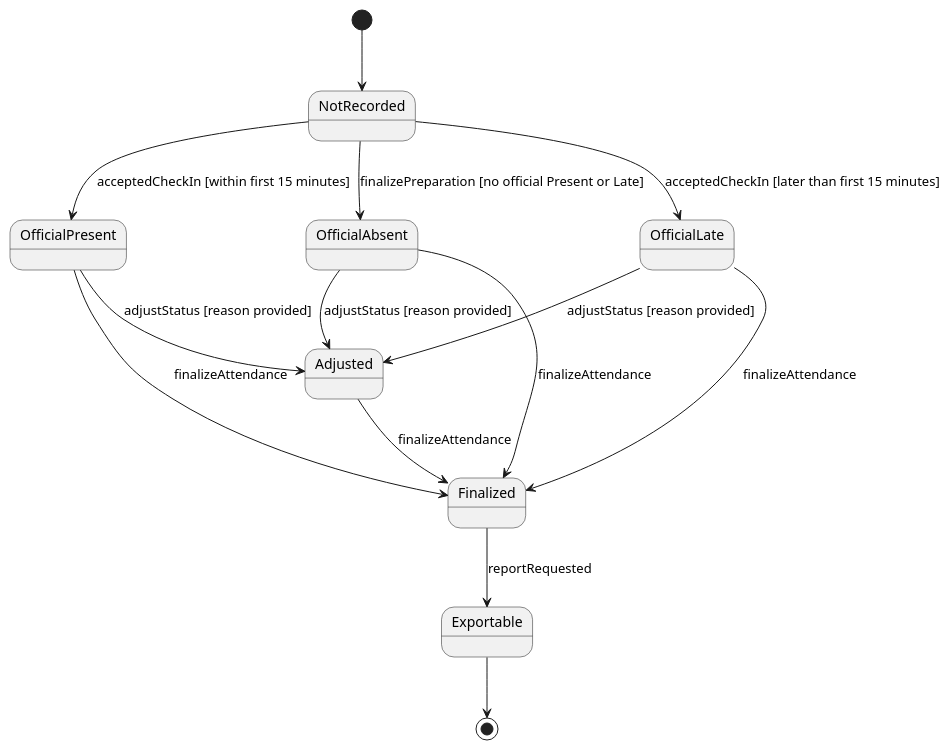
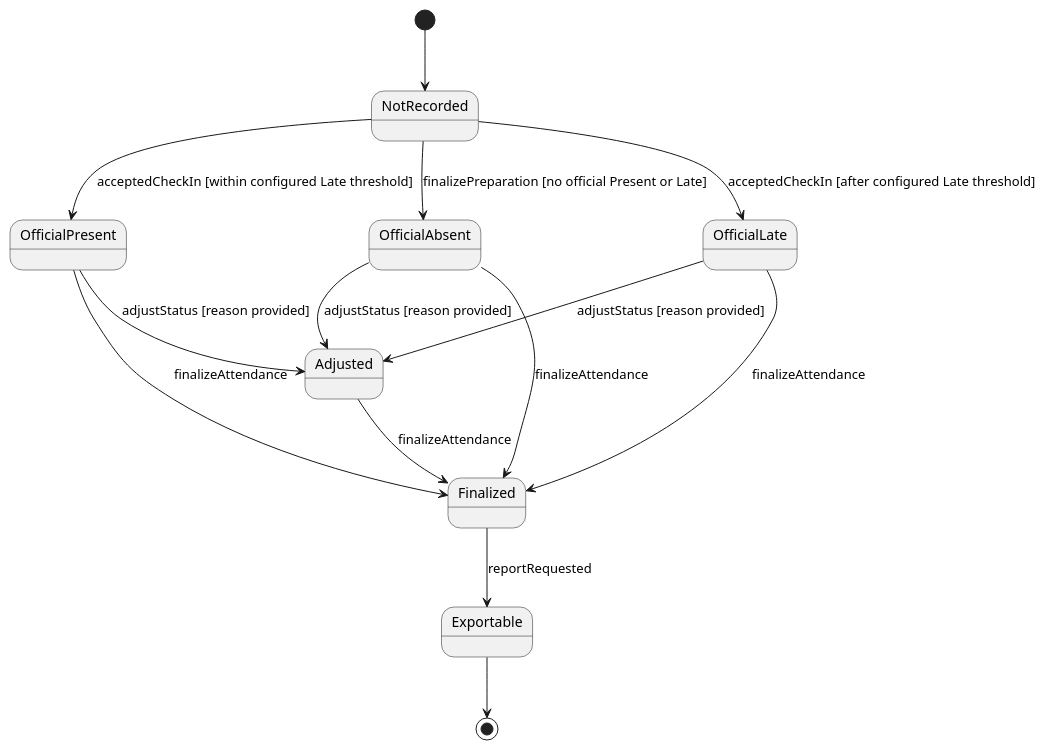
One commit to nttung42/SWD392 changed diagram 26 of 26 in docs/sds/2_Analysis.md. Above: the diagram before and after it, drawn with PlantUML. The commit also changed other lines of this file, not shown here.

Commit message:
tmp Contextual boundary class diagram

````diff
--- a/docs/sds/2_Analysis.md
+++ b/docs/sds/2_Analysis.md
@@ -1119,20 +1324,20 @@
 ```plantuml
 @startuml
 [*] --> NotRecorded
-NotRecorded --> OfficialPresent : acceptedCheckIn [within first 15 minutes]
-NotRecorded --> OfficialLate : acceptedCheckIn [later than first 15 minutes]
+NotRecorded --> OfficialPresent : acceptedCheckIn [within configured Late threshold]
+NotRecorded --> OfficialLate : acceptedCheckIn [after configured Late threshold]
 NotRecorded --> OfficialAbsent : finalizePreparation [no official Present or Late]
 
 OfficialPresent --> Adjusted : adjustStatus [reason provided]
 OfficialLate --> Adjusted : adjustStatus [reason provided]
 OfficialAbsent --> Adjusted : adjustStatus [reason provided]
 
 Adjusted --> Finalized : finalizeAttendance
 OfficialPresent --> Finalized : finalizeAttendance
 OfficialLate --> Finalized : finalizeAttendance
 OfficialAbsent --> Finalized : finalizeAttendance
 
 Finalized --> Exportable : reportRequested
 Exportable --> [*]
 @enduml
 ```
````
